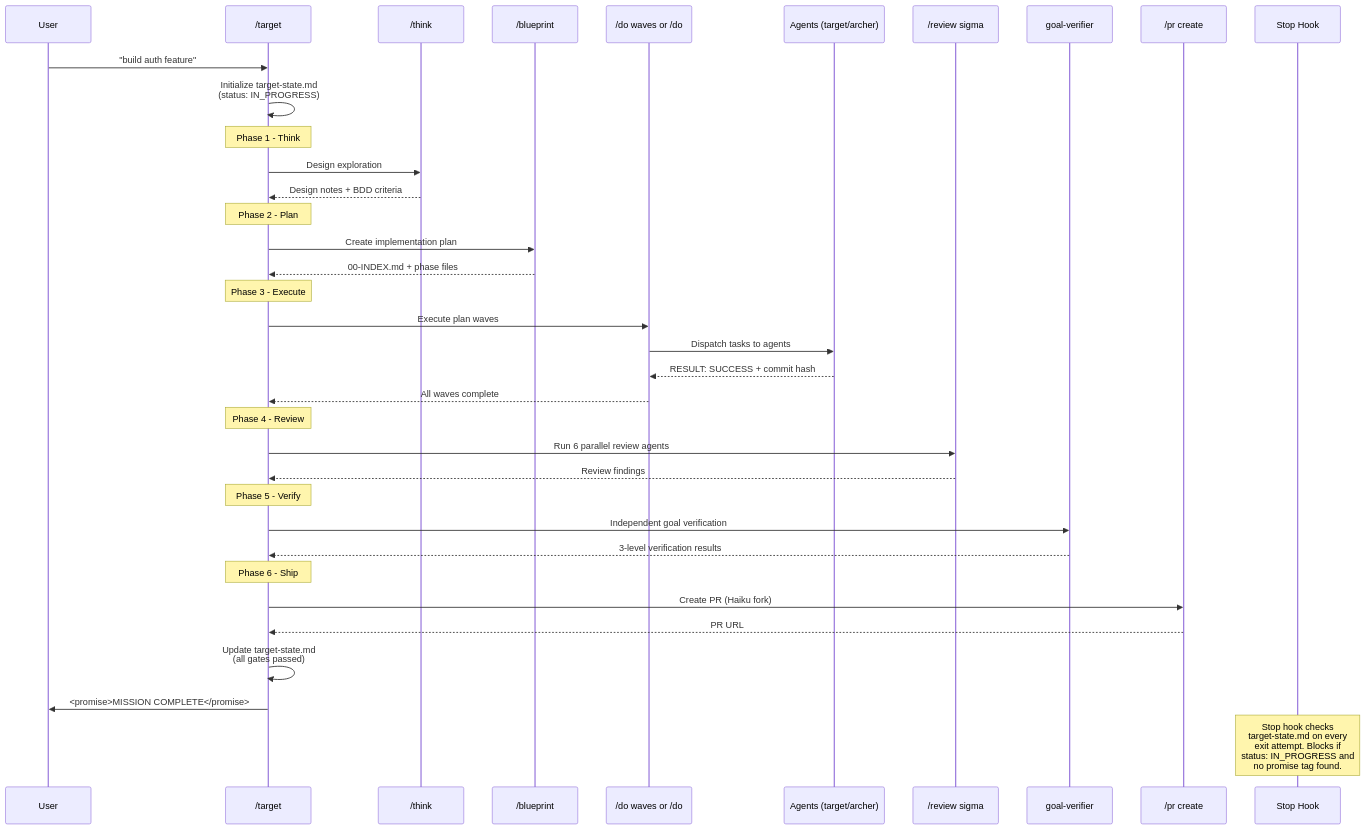
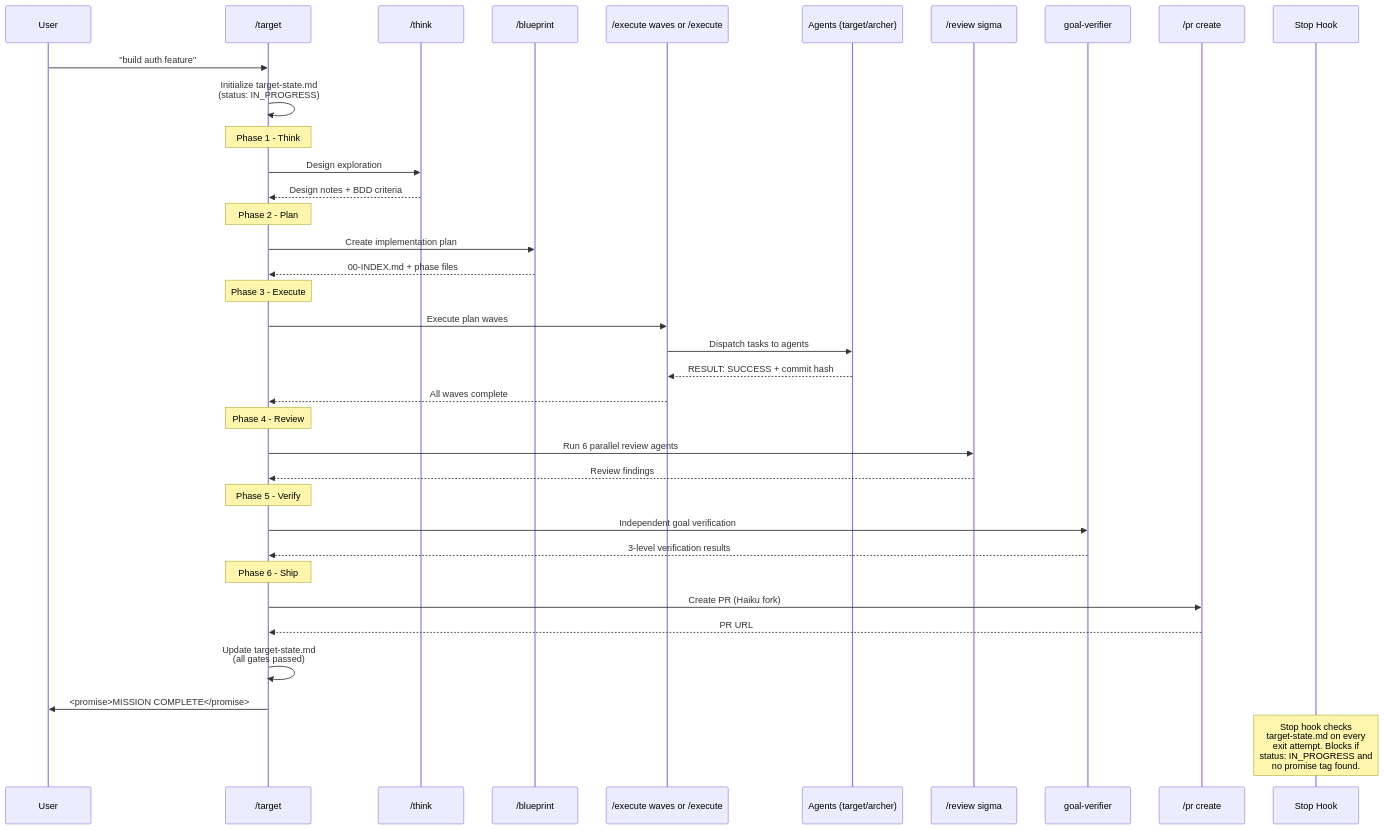
One commit to bllshttng/footnote changed the second of 6 diagrams in docs/system-architecture.md. Above: the diagram before and after it, drawn with Mermaid. The commit also changed other lines of this file and 137 other files, not shown here.

````diff
--- a/docs/system-architecture.md
+++ b/docs/system-architecture.md
@@ -104,47 +104,47 @@
 ```mermaid
 sequenceDiagram
     participant U as User
     participant R as /target
     participant T as /think
     participant P as /blueprint
-    participant O as /do waves or /do
+    participant O as /execute waves or /execute
     participant A as Agents (target/archer)
     participant CR as /review sigma
     participant GV as goal-verifier
     participant PR as /pr create
     participant SH as Stop Hook
 
     U->>R: "build auth feature"
     R->>R: Initialize target-state.md<br/>(status: IN_PROGRESS)
 
     Note over R: Phase 1 - Think
     R->>T: Design exploration
     T-->>R: Design notes + BDD criteria
 
     Note over R: Phase 2 - Plan
     R->>P: Create implementation plan
     P-->>R: 00-INDEX.md + phase files
 
     Note over R: Phase 3 - Execute
     R->>O: Execute plan waves
     O->>A: Dispatch tasks to agents
     A-->>O: RESULT: SUCCESS + commit hash
     O-->>R: All waves complete
 
     Note over R: Phase 4 - Review
     R->>CR: Run 6 parallel review agents
     CR-->>R: Review findings
 
     Note over R: Phase 5 - Verify
     R->>GV: Independent goal verification
     GV-->>R: 3-level verification results
 
     Note over R: Phase 6 - Ship
     R->>PR: Create PR (Haiku fork)
     PR-->>R: PR URL
 
     R->>R: Update target-state.md<br/>(all gates passed)
     R->>U: <promise>MISSION COMPLETE</promise>
 
     Note over SH: Stop hook checks<br/>target-state.md on every<br/>exit attempt. Blocks if<br/>status: IN_PROGRESS and<br/>no promise tag found.
 ```
````
